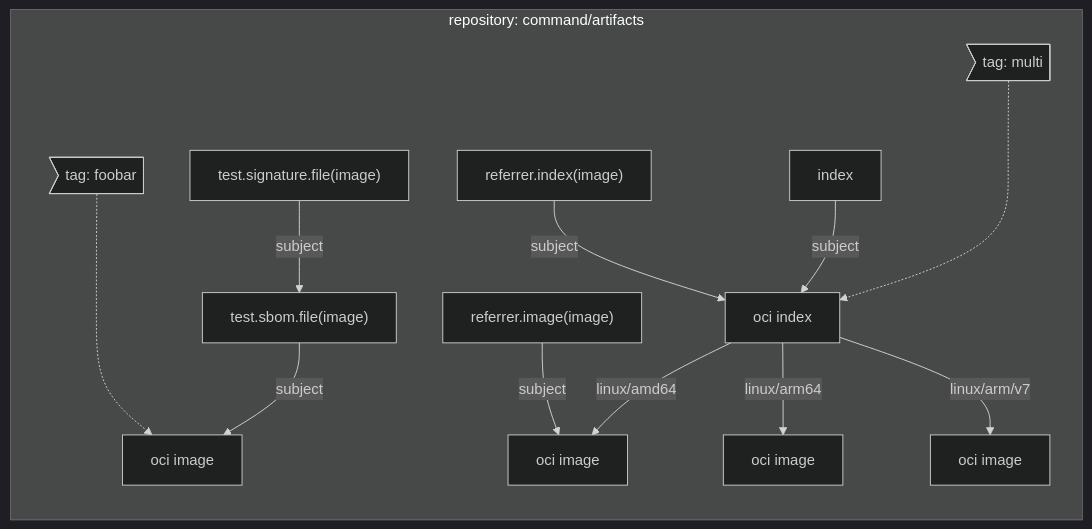
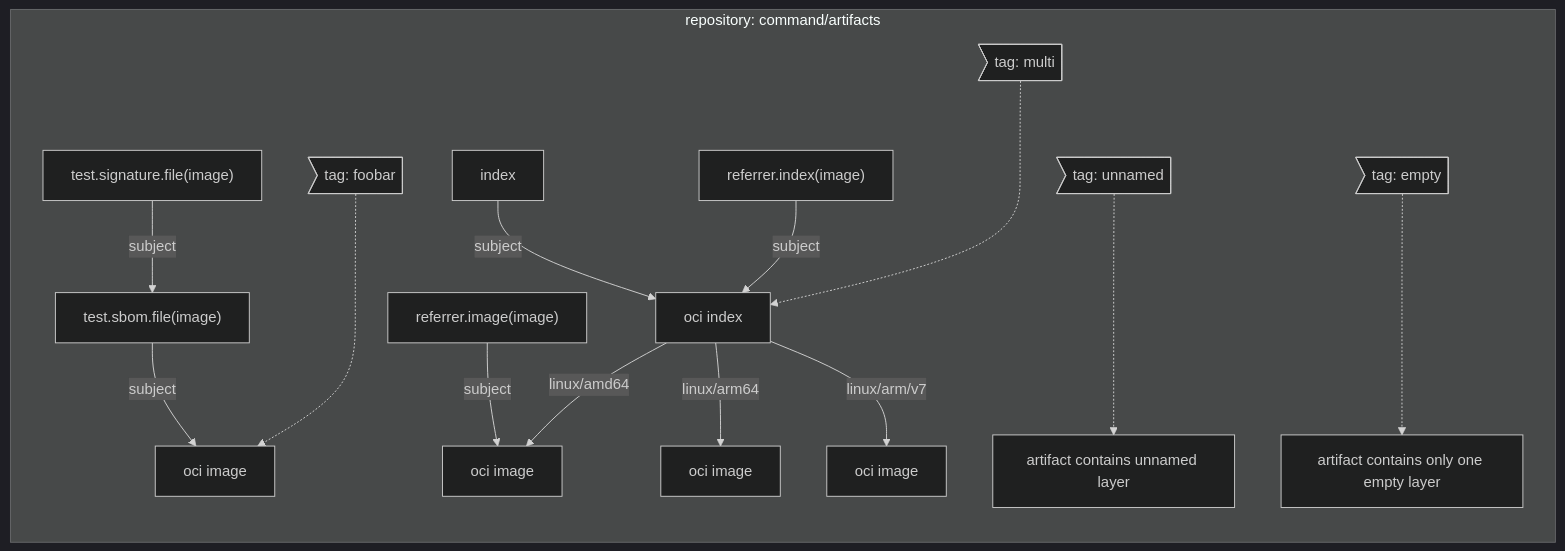
One commit to oras-project/oras changed the fifth of 5 diagrams in test/e2e/README.md. Above: the diagram before and after it, drawn with Mermaid (dark theme). The commit also changed 6 other files, not shown here.

````diff
--- a/test/e2e/README.md
+++ b/test/e2e/README.md
@@ -174,20 +174,23 @@
 ```mermaid
 graph TD;
     subgraph "repository: command/artifacts"
         direction TB
         C0>tag: foobar]-..->C1[oci image]
         
         direction TB
         direction TB
         D1["test.sbom.file(image)"] -- subject --> C1
         D2["test.signature.file(image)"] -- subject --> D1
         direction TB
         F0>tag: multi]-..->F1[oci index]
         F1--linux/amd64-->F2[oci image]
         F1--linux/arm64-->F3[oci image]
         F1--linux/arm/v7-->F4[oci image]
         G1["referrer.index(image)"] -- subject --> F1
         G2["referrer.image(image)"] -- subject --> F2
         G3["index"] -- subject --> F1
+        
+        H0>tag: unnamed]-..->H1["artifact contains unnamed layer"]
+        I0>tag: empty]-..->I1["artifact contains only one empty layer"]
     end
 ```
````
